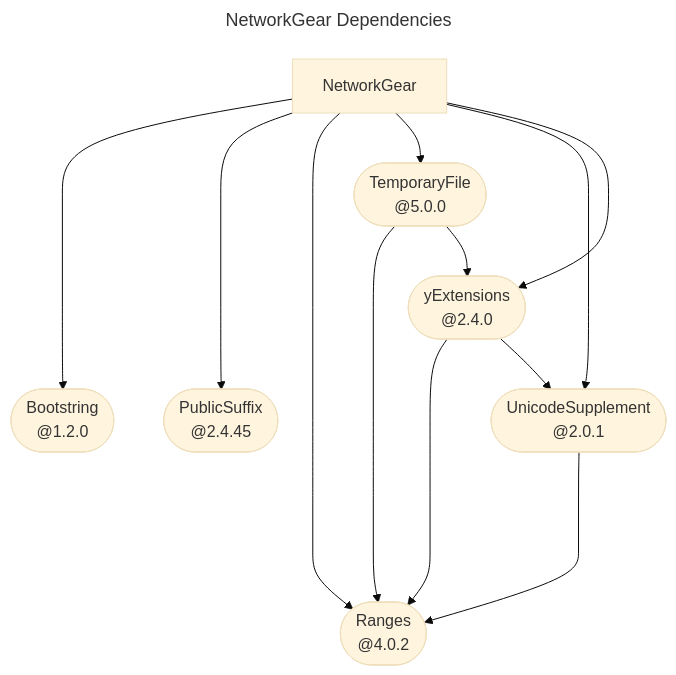
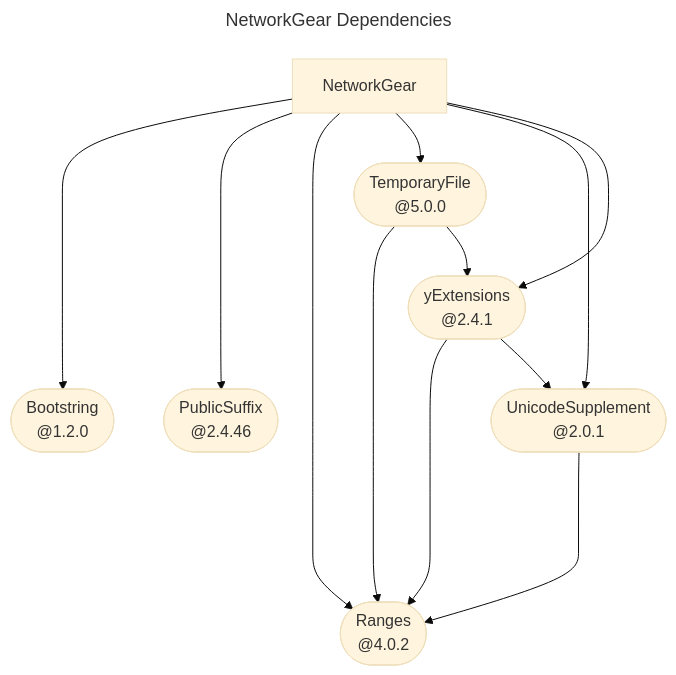
The diagram in README.md (YOCKOW/SwiftNetworkGear), drawn with Mermaid (base theme) before and after one commit.

Commit message:
Update "./README.md".
This commit is done by the workflow in [SwiftPackageHelperTools](https://GitHub.com/YOCKOW/SwiftPackageHelperTools.git).
- UUID: 89e304d1-ddcf-4d51-b2cf-62801b4b6041
- Date: 2026-11-15 07:54:54+0000

````diff
--- a/README.md
+++ b/README.md
@@ -15,34 +15,34 @@
 ```mermaid
 ---
 title: NetworkGear Dependencies
 ---
 flowchart TD
   swiftbootstring(["Bootstring<br>@1.2.0"])
   swiftnetworkgear["NetworkGear"]
-  swiftpublicsuffix(["PublicSuffix<br>@2.4.45"])
+  swiftpublicsuffix(["PublicSuffix<br>@2.4.46"])
   swiftranges(["Ranges<br>@4.0.2"])
   swifttemporaryfile(["TemporaryFile<br>@5.0.0"])
   swiftunicodesupplement(["UnicodeSupplement<br>@2.0.1"])
-  yswiftextensions(["yExtensions<br>@2.4.0"])
+  yswiftextensions(["yExtensions<br>@2.4.1"])
 
   click swiftbootstring href "https://github.com/YOCKOW/SwiftBootstring.git"
   click swiftpublicsuffix href "https://github.com/YOCKOW/SwiftPublicSuffix.git"
   click swiftranges href "https://github.com/YOCKOW/SwiftRanges.git"
   click swifttemporaryfile href "https://github.com/YOCKOW/SwiftTemporaryFile.git"
   click swiftunicodesupplement href "https://github.com/YOCKOW/SwiftUnicodeSupplement.git"
   click yswiftextensions href "https://github.com/YOCKOW/ySwiftExtensions.git"
 
   swiftnetworkgear ----> swiftbootstring
   swiftnetworkgear ----> swiftpublicsuffix
   swiftnetworkgear ----> swiftranges
   swiftnetworkgear --> swifttemporaryfile
   swiftnetworkgear --> swiftunicodesupplement
   swiftnetworkgear --> yswiftextensions
   swifttemporaryfile ----> swiftranges
   swifttemporaryfile --> yswiftextensions
   swiftunicodesupplement ----> swiftranges
   yswiftextensions ----> swiftranges
   yswiftextensions --> swiftunicodesupplement
 
 
 ```
````
